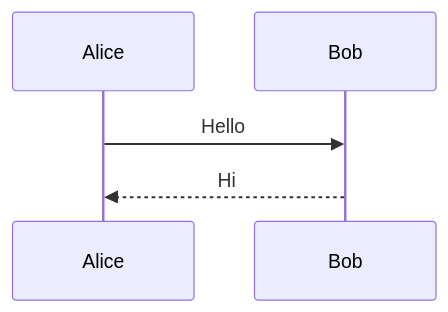
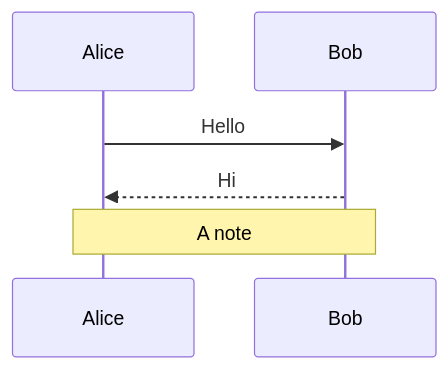
The second of 5 diagrams in samples/markdown/showcase.md (TheNoswad/egui-files), drawn with Mermaid before and after one commit. The commit also changed other lines of this file and 70 other files, not shown here.

First line of the commit message:
Draw formulas and Mermaid diagrams in rendered documents

````diff
--- a/samples/markdown/showcase.md
+++ b/samples/markdown/showcase.md
@@ -525,5 +566,6 @@
 ```mermaid
 sequenceDiagram
     Alice->>Bob: Hello
     Bob-->>Alice: Hi
+    Note over Alice,Bob: A note
 ```
````
